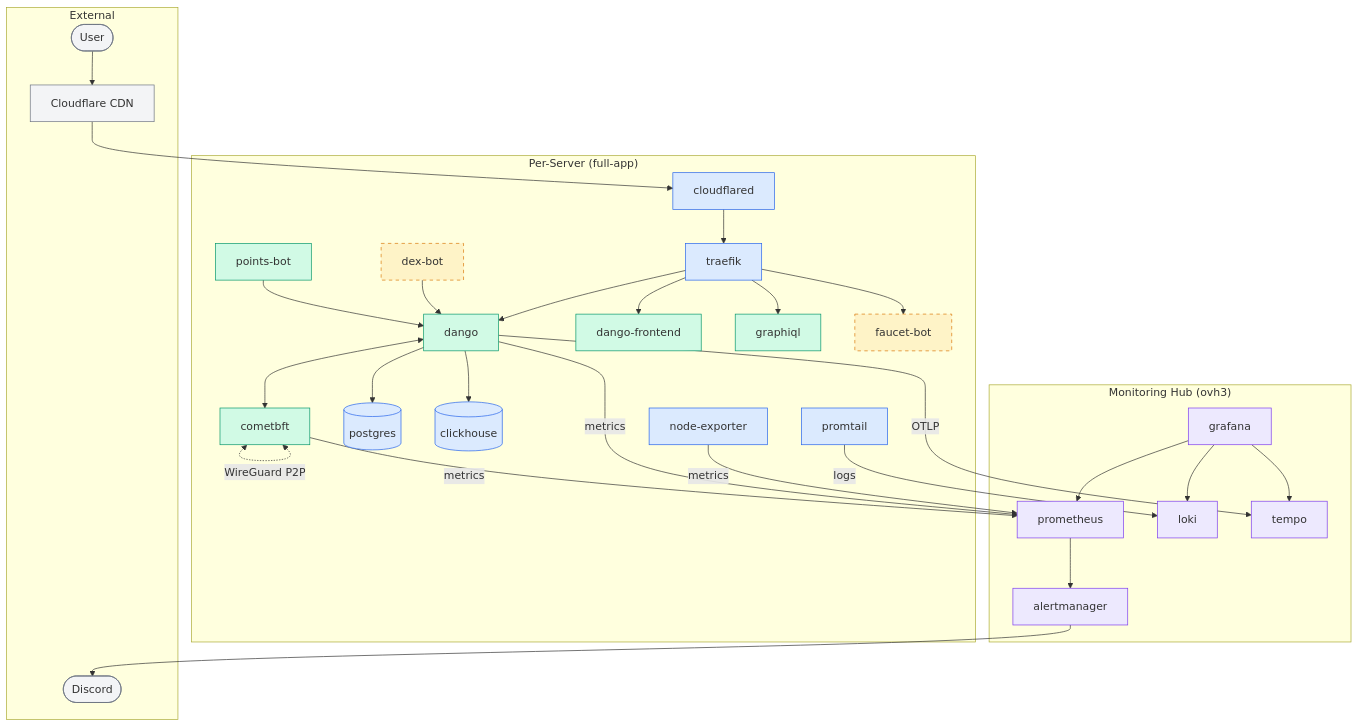
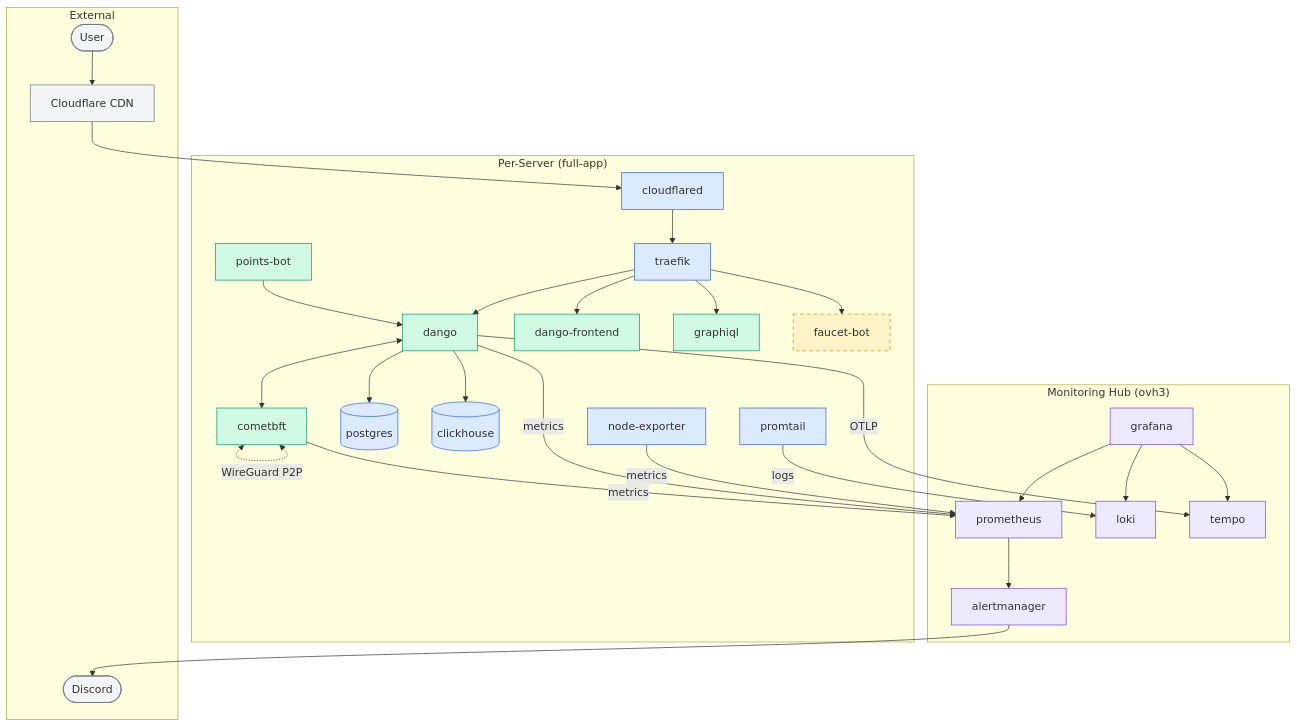
Before and after one commit to left-curve/left-curve: the diagram in deploy/README.md, drawn with Mermaid. The commit also changed other lines of this file and 16 other files, not shown here.

First line of the commit message:
chore(dex): remove dex-bot from CI, Ansible, and localdango

````diff
--- a/deploy/README.md
+++ b/deploy/README.md
@@ -75,76 +74,74 @@
 ```mermaid
 flowchart TD
     subgraph External
         User([User])
         CF[Cloudflare CDN]
         Discord([Discord])
     end
 
     subgraph FullApp["Per-Server (full-app)"]
         cloudflared[cloudflared]
         Traefik[traefik]
         Dango[dango]
         CometBFT[cometbft]
         Frontend[dango-frontend]
         GraphiQL[graphiql]
         FaucetBot[faucet-bot]
-        DexBot[dex-bot]
         PointsBot[points-bot]
         Postgres[(postgres)]
         ClickHouse[(clickhouse)]
         Promtail[promtail]
         NodeExp[node-exporter]
     end
 
     subgraph MonitoringHub["Monitoring Hub (ovh3)"]
         Grafana[grafana]
         Prometheus[prometheus]
         Loki[loki]
         Tempo[tempo]
         Alertmanager[alertmanager]
     end
 
     %% External ingress
     User --> CF --> cloudflared
     cloudflared --> Traefik
     Traefik --> Dango
     Traefik --> Frontend
     Traefik --> FaucetBot
     Traefik --> GraphiQL
 
     %% App interactions
     Dango <--> CometBFT
     Dango --> Postgres
     Dango --> ClickHouse
-    DexBot --> Dango
     PointsBot --> Dango
 
     %% P2P consensus
     CometBFT <-.->|WireGuard P2P| CometBFT
 
     %% Observability flows
     Dango -->|OTLP| Tempo
     Promtail -->|logs| Loki
     NodeExp -->|metrics| Prometheus
     Dango -->|metrics| Prometheus
     CometBFT -->|metrics| Prometheus
 
     %% Monitoring
     Grafana --> Prometheus
     Grafana --> Loki
     Grafana --> Tempo
     Prometheus --> Alertmanager --> Discord
 
     %% Styles
     classDef testnetOnly stroke-dasharray:5 5,fill:#fef3c7,stroke:#d97706
     classDef app fill:#d1fae5,stroke:#059669
     classDef infra fill:#dbeafe,stroke:#2563eb
     classDef monitoring fill:#ede9fe,stroke:#7c3aed
     classDef external fill:#f3f4f6,stroke:#6b7280
 
-    class FaucetBot,DexBot testnetOnly
+    class FaucetBot testnetOnly
     class Dango,CometBFT,Frontend,GraphiQL,PointsBot app
     class Traefik,cloudflared,Postgres,ClickHouse,Promtail,NodeExp infra
     class Grafana,Prometheus,Loki,Tempo,Alertmanager monitoring
     class User,CF,Discord external
 ```
````
